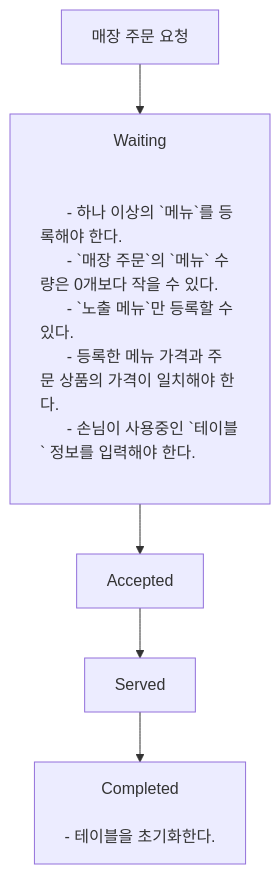
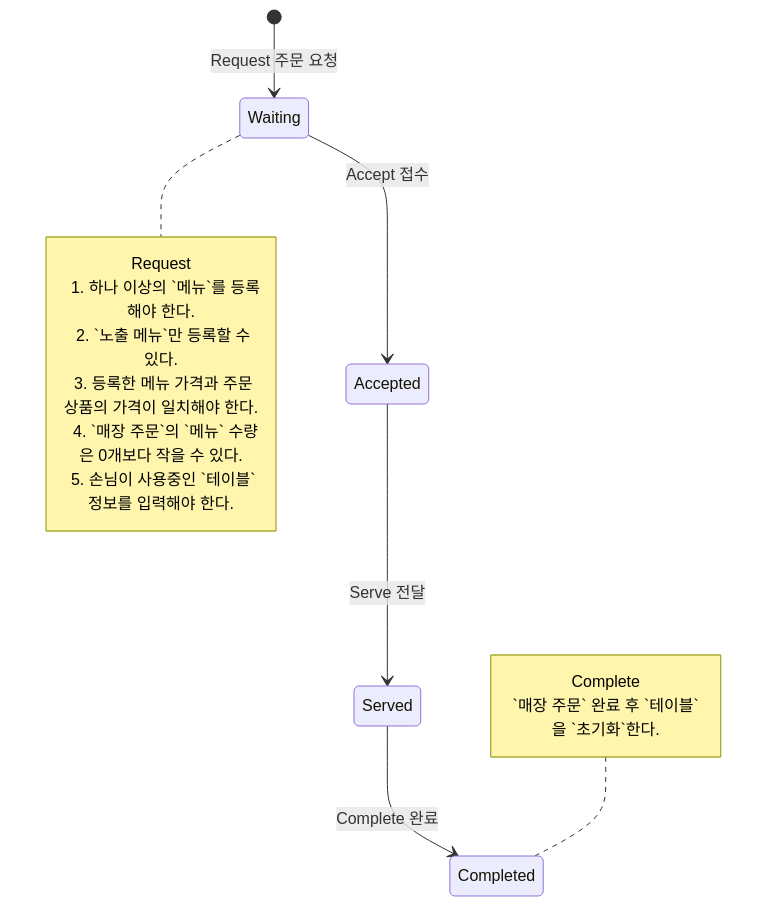
The second of 4 diagrams in README.md (next-step/ddd-strategic-design), drawn with Mermaid before and after one commit. The commit also changed other lines of this file, not shown here.

````diff
--- a/README.md
+++ b/README.md
@@ -260,21 +308,19 @@
 ```mermaid
-flowchart
-  *[매장 주문 요청] --> Waiting[
-    Waiting
-    <div style='text-align: left'>
-      - 하나 이상의 `메뉴`를 등록해야 한다.
-      - `매장 주문`의 `메뉴` 수량은 0개보다 작을 수 있다.
-      - `노출 메뉴`만 등록할 수 있다.
-      - 등록한 메뉴 가격과 주문 상품의 가격이 일치해야 한다.
-      - 손님이 사용중인 `테이블` 정보를 입력해야 한다.
-    </div>
-  ]
-  Waiting --> Accepted
-  Accepted --> Served
-  Served --> Completed[
-    Completed
-    <div style='text-align: left'>
-    - 테이블을 초기화한다.
-    </div>
-  ]
+    stateDiagram-v2
+  [*] --> Waiting: Request 주문 요청
+  note right of Waiting
+    Request
+    1. 하나 이상의 `메뉴`를 등록해야 한다.
+    2. `노출 메뉴`만 등록할 수 있다.
+    3. 등록한 메뉴 가격과 주문 상품의 가격이 일치해야 한다.
+    4. `매장 주문`의 `메뉴` 수량은 0개보다 작을 수 있다.
+    5. 손님이 사용중인 `테이블` 정보를 입력해야 한다.
+  end note
+  Waiting --> Accepted: Accept 접수
+  Accepted --> Served: Serve 전달
+  Served --> Completed: Complete 완료
+  note left of Completed
+    Complete
+    `매장 주문` 완료 후 `테이블`을 `초기화`한다.
+  end note
 ```
````
